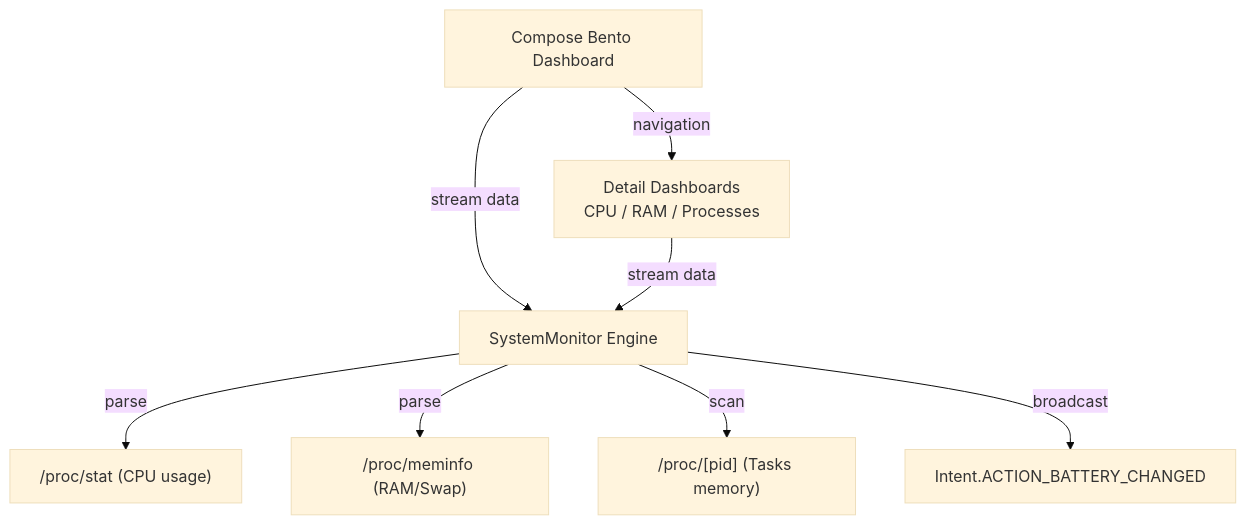
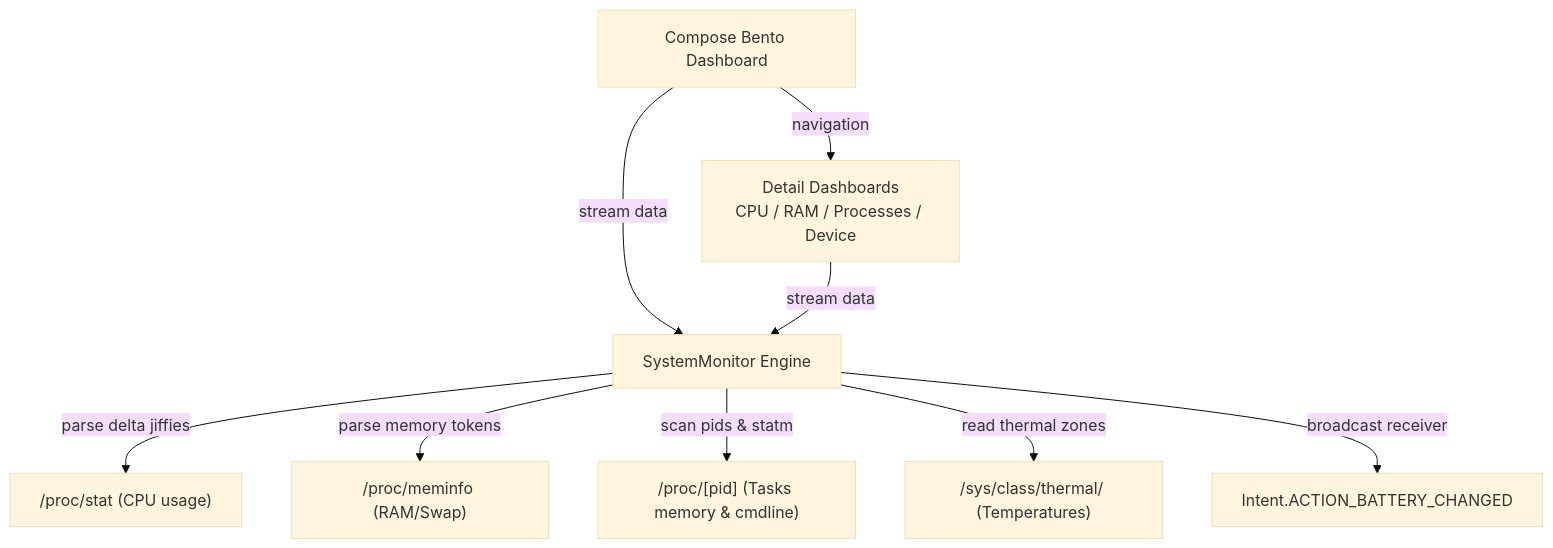
The diagram in DEVELOPMENT.md (qtremors/osyster), drawn with Mermaid (base theme) before and after one commit. The commit also changed other lines of this file and 13 other files, not shown here.

Commit message:
v0.0.2: Repository Parity, Licensing, Architecture Documentation, and Docs Website

````diff
--- a/DEVELOPMENT.md
+++ b/DEVELOPMENT.md
@@ -26,10 +33,11 @@
 ```mermaid
 graph TD
-    A["Compose Bento Dashboard"] -->|navigation| B["Detail Dashboards<br/>CPU / RAM / Processes"]
+    A["Compose Bento Dashboard"] -->|navigation| B["Detail Dashboards<br/>CPU / RAM / Processes / Device"]
     A -->|stream data| C["SystemMonitor Engine"]
     B -->|stream data| C
-    C -->|parse| D["/proc/stat (CPU usage)"]
-    C -->|parse| E["/proc/meminfo (RAM/Swap)"]
-    C -->|scan| F["/proc/[pid] (Tasks memory)"]
-    C -->|broadcast| G["Intent.ACTION_BATTERY_CHANGED"]
+    C -->|parse delta jiffies| D["/proc/stat (CPU usage)"]
+    C -->|parse memory tokens| E["/proc/meminfo (RAM/Swap)"]
+    C -->|scan pids & statm| F["/proc/[pid] (Tasks memory & cmdline)"]
+    C -->|read thermal zones| H["/sys/class/thermal/ (Temperatures)"]
+    C -->|broadcast receiver| G["Intent.ACTION_BATTERY_CHANGED"]
 ```
````
